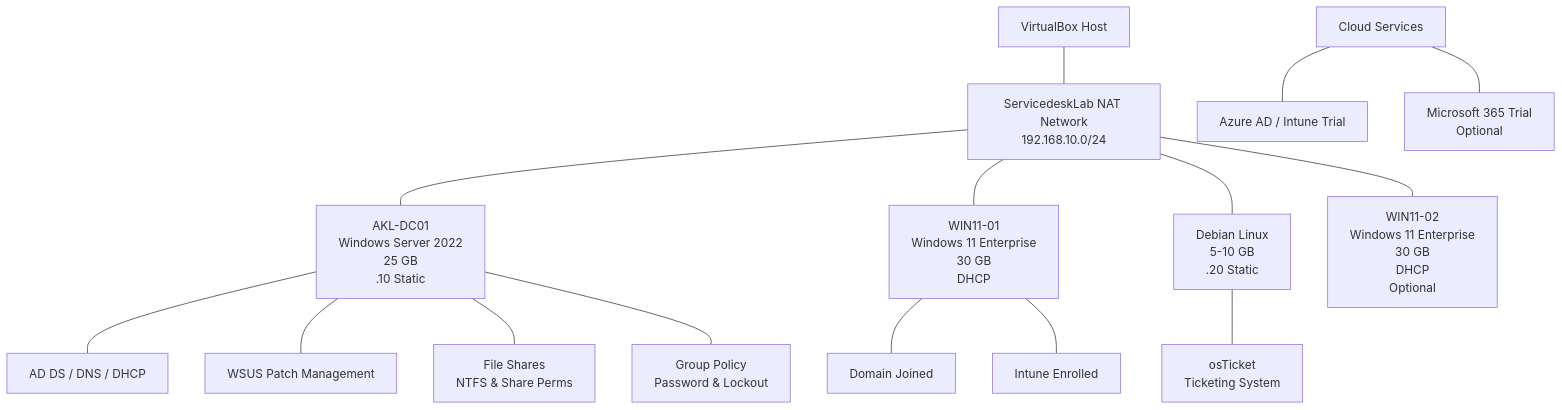
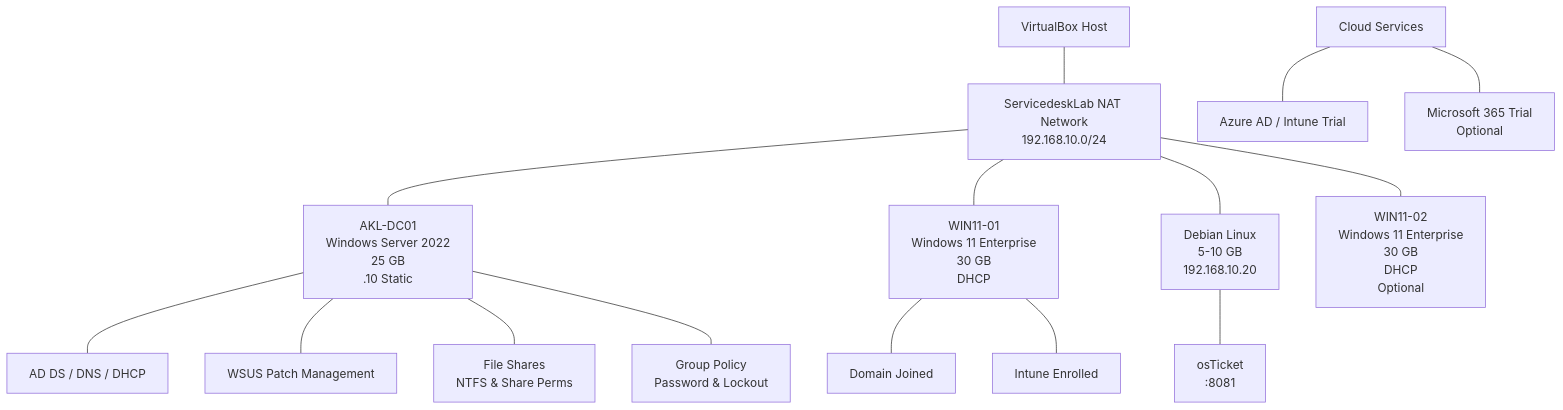
Before and after one commit to Ofendor/Service-Desk-Support-Lab: the second of 2 diagrams in README.md, drawn with Mermaid.

Commit message:
Update README with WSUS, osTicket docs, and all scripts 10-23

````diff
--- a/README.md
+++ b/README.md
@@ -139,22 +139,22 @@
 ```mermaid
 graph TD
     HOST[VirtualBox Host] --- NET[ServicedeskLab NAT Network<br>192.168.10.0/24]
 
     NET --- DC01[AKL-DC01<br>Windows Server 2022<br>25 GB<br>.10 Static]
     DC01 --- AD[AD DS / DNS / DHCP]
     DC01 --- WSUS[WSUS Patch Management]
     DC01 --- FS[File Shares<br>NTFS & Share Perms]
     DC01 --- GPO[Group Policy<br>Password & Lockout]
 
     NET --- W11[WIN11-01<br>Windows 11 Enterprise<br>30 GB<br>DHCP]
     W11 --- DOMAIN[Domain Joined]
     W11 --- INTUNE[Intune Enrolled]
 
-    NET --- DEBIAN[Debian Linux<br>5-10 GB<br>.20 Static]
-    DEBIAN --- OSTICKET[osTicket<br>Ticketing System]
+    NET --- DEBIAN[Debian Linux<br>5-10 GB<br>192.168.10.20]
+    DEBIAN --- OSTICKET[osTicket<br>:8081]
 
     NET --- W11B[WIN11-02<br>Windows 11 Enterprise<br>30 GB<br>DHCP<br>Optional]
 
     CLOUD[Cloud Services] --- AZURE[Azure AD / Intune Trial]
     CLOUD --- M365[Microsoft 365 Trial<br>Optional]
 ```
````
